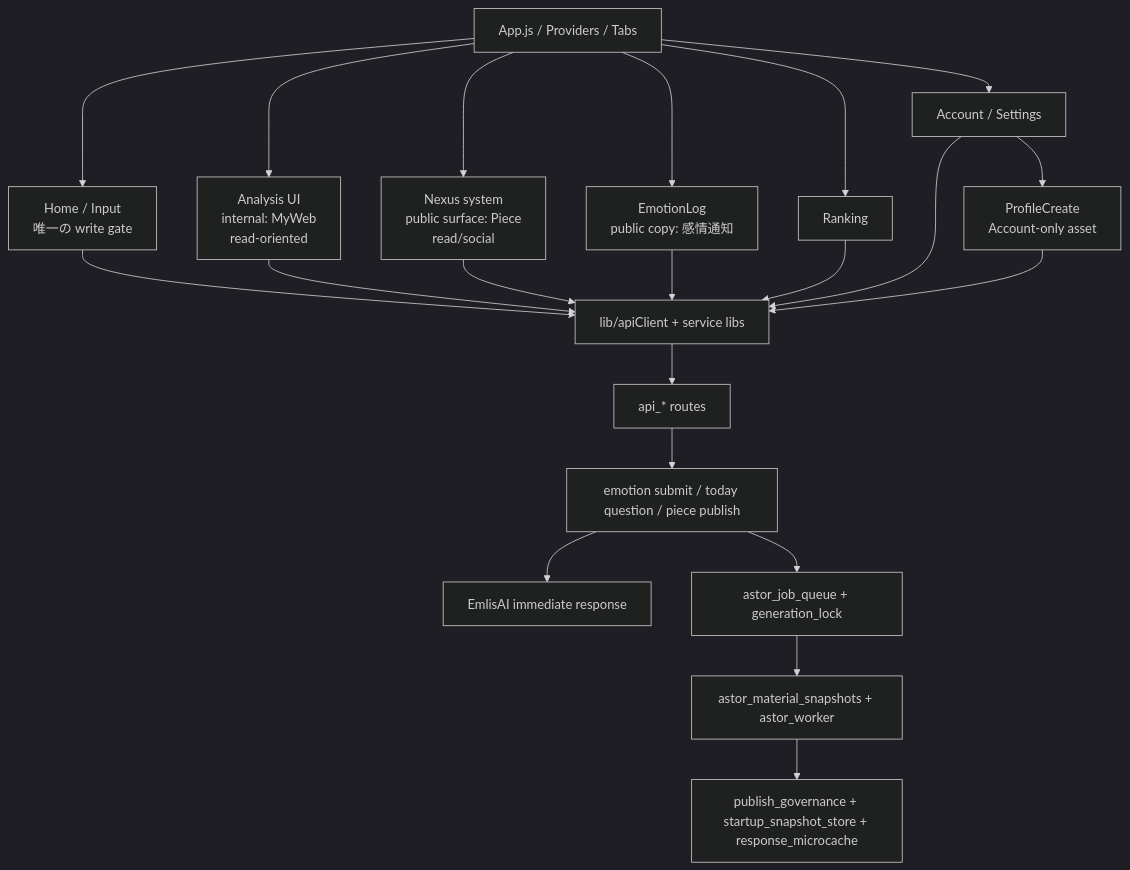
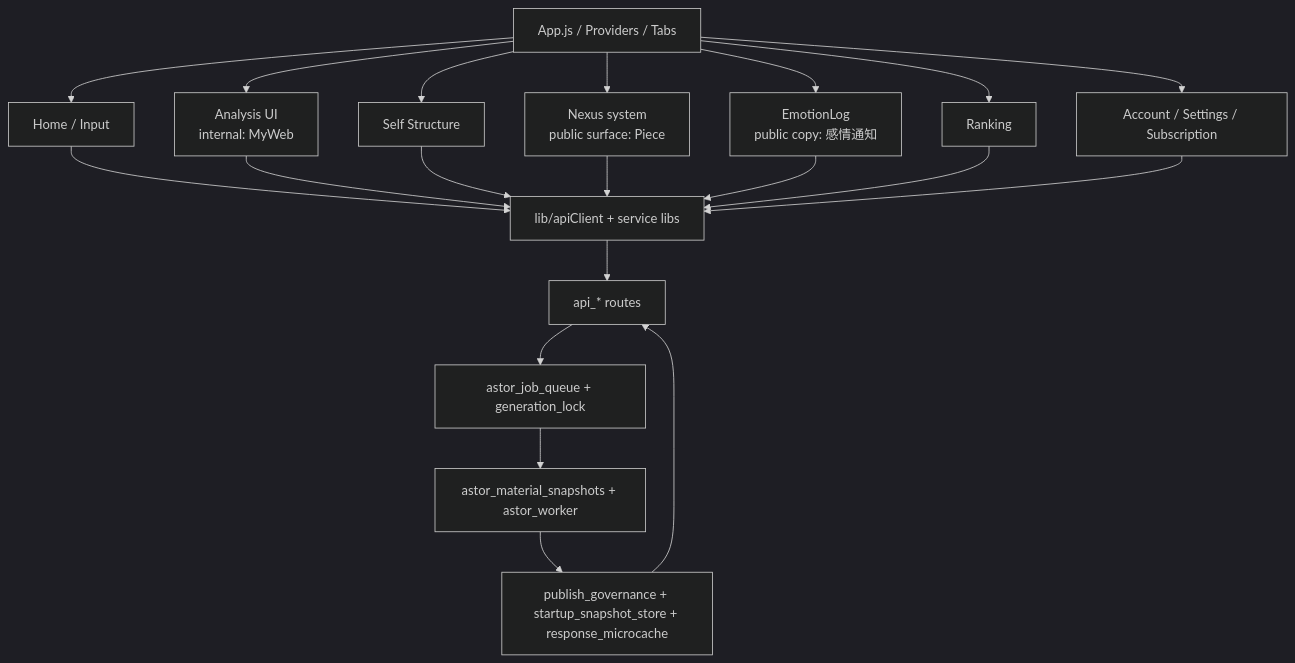
One commit to MassyuRed/Cocolon changed the first of 2 diagrams in Cocolon_前提資料/01_Cocolon_全体構造資料.md. Above: the diagram before and after it, drawn with Mermaid (dark theme). The commit also changed other lines of this file and 21 other files, not shown here.

````diff
--- a/Cocolon_前提資料/01_Cocolon_全体構造資料.md
+++ b/Cocolon_前提資料/01_Cocolon_全体構造資料.md
@@ -24,42 +25,38 @@
 ```mermaid
 flowchart TB
   App[App.js / Providers / Tabs]
-  Home[Home / Input\n唯一の write gate]
-  Analysis[Analysis UI\ninternal: MyWeb\nread-oriented]
-  Nexus[Nexus system\npublic surface: Piece\nread/social]
+  Input[Home / Input]
+  Analysis[Analysis UI\ninternal: MyWeb]
+  Self[Self Structure]
+  Nexus[Nexus system\npublic surface: Piece]
   EmotionLog[EmotionLog\npublic copy: 感情通知]
   Ranking[Ranking]
-  Account[Account / Settings]
-  ProfileCreate[ProfileCreate\nAccount-only asset]
+  Account[Account / Settings / Subscription]
   Libs[lib/apiClient + service libs]
   APIs[api_* routes]
-  Save[emotion submit / today question / piece publish]
-  Emlis[EmlisAI immediate response]
   Queue[astor_job_queue + generation_lock]
   Worker[astor_material_snapshots + astor_worker]
   Gov[publish_governance + startup_snapshot_store + response_microcache]
 
-  App --> Home
+  App --> Input
   App --> Analysis
+  App --> Self
   App --> Nexus
   App --> EmotionLog
   App --> Ranking
   App --> Account
 
-  Account --> ProfileCreate
-
-  Home --> Libs
+  Input --> Libs
   Analysis --> Libs
+  Self --> Libs
   Nexus --> Libs
   EmotionLog --> Libs
   Ranking --> Libs
   Account --> Libs
-  ProfileCreate --> Libs
 
   Libs --> APIs
-  APIs --> Save
-  Save --> Emlis
-  Save --> Queue
+  APIs --> Queue
   Queue --> Worker
   Worker --> Gov
+  Gov --> APIs
 ```
````
